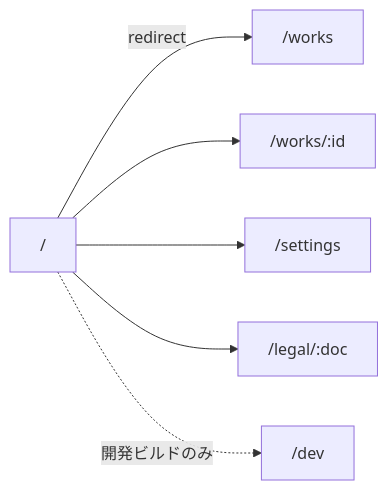
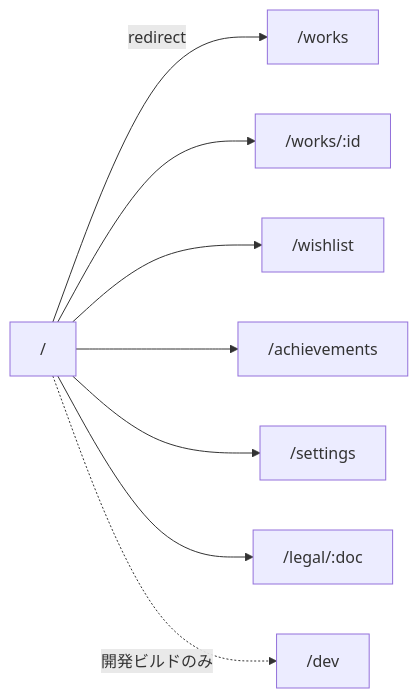
The fourth of 4 diagrams in ARCHITECTURE.md (rmatsuo-jp/media-log), drawn with Mermaid before and after one commit. The commit also changed other lines of this file and 3 other files, not shown here.

````diff
--- a/ARCHITECTURE.md
+++ b/ARCHITECTURE.md
@@ -151,8 +154,10 @@
 ```mermaid
 graph LR
     Root["/"] -->|redirect| WorkList["/works"]
     Root --> WorkDetail["/works/:id"]
+    Root --> Wishlist["/wishlist"]
+    Root --> Achievements["/achievements"]
     Root --> Settings["/settings"]
     Root --> Legal["/legal/:doc"]
     Root -.->|開発ビルドのみ| Dev["/dev"]
 ```
````
